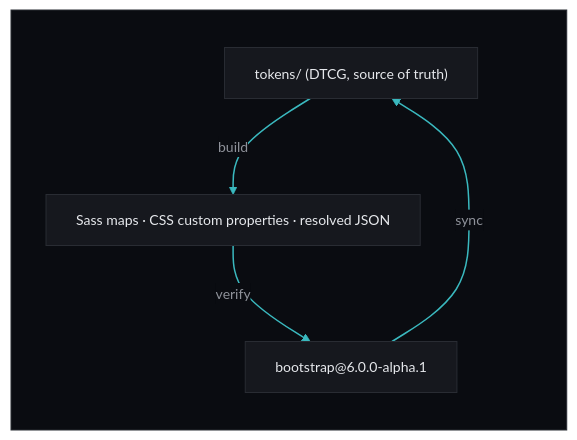
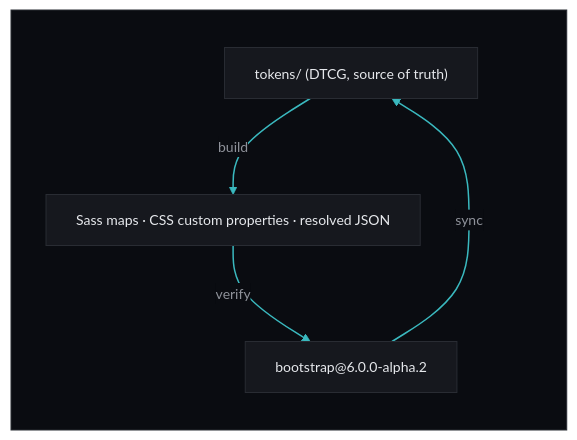
Before and after one commit to julien-deramond/bootstrap-tokens: the diagram in README.md, drawn with Mermaid. The commit also changed other lines of this file and 55 other files, not shown here.

Commit message:
chore(deps-dev): bump bootstrap from 6.0.0-alpha.1 to 6.0.0-alpha.2 (#130)

````diff
--- a/README.md
+++ b/README.md
@@ -60,19 +60,19 @@
 ```mermaid
 %%{init: {"fontFamily": "ui-monospace, SFMono-Regular, Menlo, Consolas, monospace", "flowchart": {"wrappingWidth": 480}, "theme": "base", "themeVariables": {"darkMode": true, "dropShadow": "none", "background": "#0A0C11", "fontFamily": "ui-monospace, SFMono-Regular, Menlo, Consolas, monospace", "fontSize": "14px", "primaryColor": "#16181E", "primaryTextColor": "#E6E8EC", "primaryBorderColor": "#292C33", "secondaryColor": "#16181E", "tertiaryColor": "#0A0C11", "lineColor": "#3AB9BF", "textColor": "#E6E8EC", "clusterBkg": "#0A0C11", "clusterBorder": "#292C33", "titleColor": "#8F929A", "edgeLabelBackground": "#0A0C11"}}}%%
 flowchart TB
   accTitle: The build, verify and sync loop
-  accDescr: tokens is the DTCG source of truth. Build turns it into Sass maps, CSS custom properties and resolved JSON. Verify checks those outputs against the pinned bootstrap@6.0.0-alpha.1. Sync reads the pinned bootstrap@6.0.0-alpha.1 back into tokens.
+  accDescr: tokens is the DTCG source of truth. Build turns it into Sass maps, CSS custom properties and resolved JSON. Verify checks those outputs against the pinned bootstrap@6.0.0-alpha.2. Sync reads the pinned bootstrap@6.0.0-alpha.2 back into tokens.
 
   subgraph field[" "]
     direction TB
     tokens["tokens/ (DTCG, source of truth)"]
     outputs["Sass maps · CSS custom properties · resolved JSON"]
-    bootstrap["bootstrap@6.0.0-alpha.1"]
+    bootstrap["bootstrap@6.0.0-alpha.2"]
     tokens -- build --> outputs
     outputs -- verify --> bootstrap
     bootstrap -- sync --> tokens
   end
 
   linkStyle default stroke-width:1.5px,color:#8F929A
   style field fill:#0A0C11,stroke:#292C33
 ```
````
